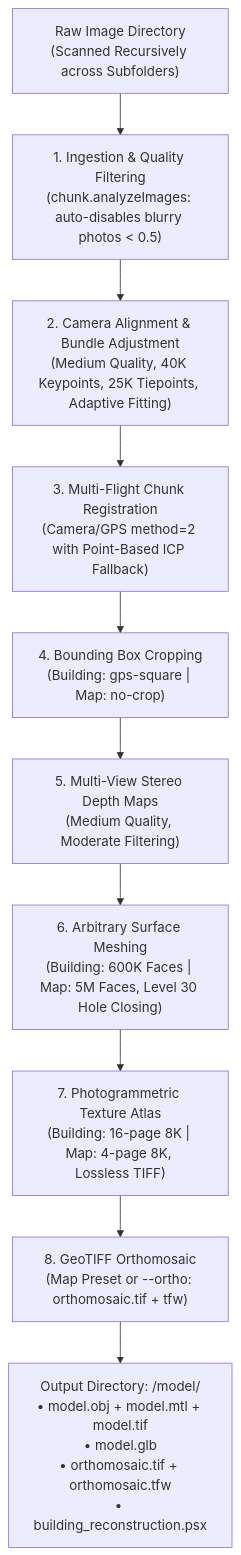
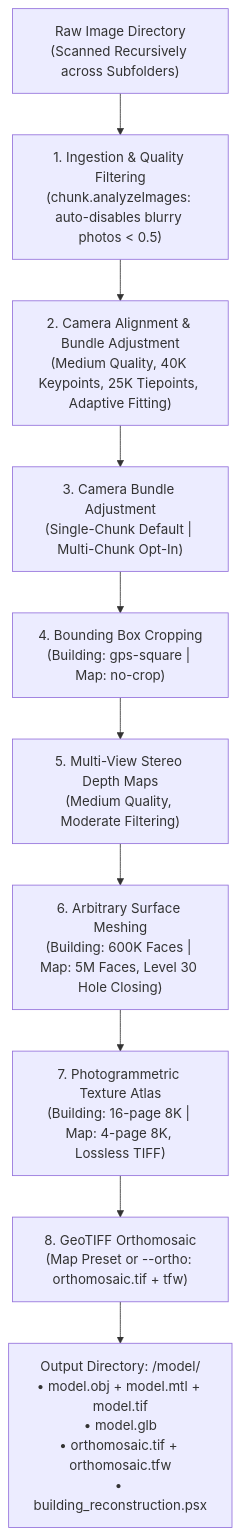
Before and after one commit to ngviettam82/AutoMetashape: the diagram in README.md, drawn with Mermaid. The commit also changed other lines of this file and 5 other files, not shown here.

First line of the commit message:
feat: Default multi-chunk mode to disable for robust single-chunk alignment

````diff
--- a/README.md
+++ b/README.md
@@ -125,12 +125,12 @@
 ```mermaid
 flowchart TD
     A["Raw Image Directory<br/>(Scanned Recursively across Subfolders)"] --> B["1. Ingestion & Quality Filtering<br/>(chunk.analyzeImages: auto-disables blurry photos < 0.5)"]
     B --> C["2. Camera Alignment & Bundle Adjustment<br/>(Medium Quality, 40K Keypoints, 25K Tiepoints, Adaptive Fitting)"]
-    C --> D["3. Multi-Flight Chunk Registration<br/>(Camera/GPS method=2 with Point-Based ICP Fallback)"]
+    C --> D["3. Camera Bundle Adjustment<br/>(Single-Chunk Default | Multi-Chunk Opt-In)"]
     D --> E["4. Bounding Box Cropping<br/>(Building: gps-square | Map: no-crop)"]
     E --> F["5. Multi-View Stereo Depth Maps<br/>(Medium Quality, Moderate Filtering)"]
     F --> G["6. Arbitrary Surface Meshing<br/>(Building: 600K Faces | Map: 5M Faces, Level 30 Hole Closing)"]
     G --> H["7. Photogrammetric Texture Atlas<br/>(Building: 16-page 8K | Map: 4-page 8K, Lossless TIFF)"]
     H --> I["8. GeoTIFF Orthomosaic<br/>(Map Preset or --ortho: orthomosaic.tif + tfw)"]
     I --> J["Output Directory: <images_dir>/model/<br/>• model.obj + model.mtl + model.tif<br/>• model.glb<br/>• orthomosaic.tif + orthomosaic.tfw<br/>• building_reconstruction.psx"]
 ```
````
